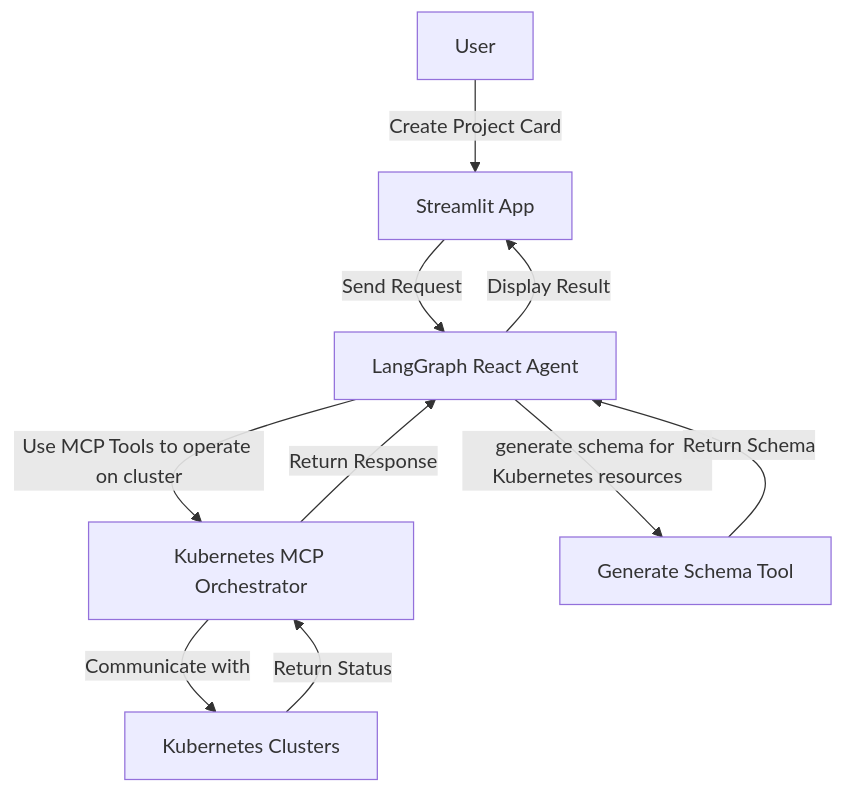
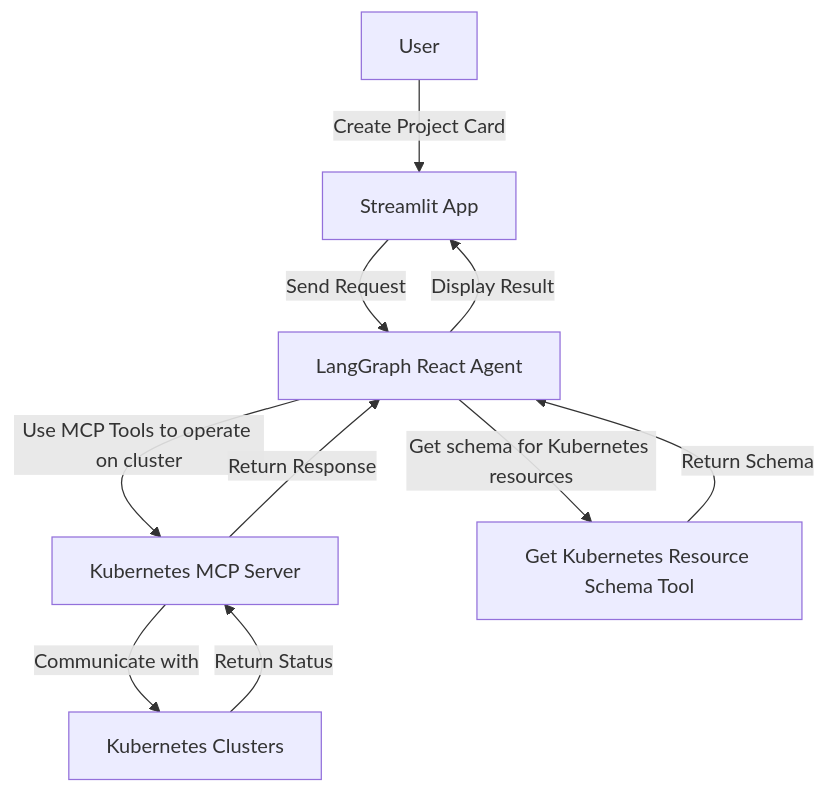
The second of 2 diagrams in README.md (monty16597/kubernetes-genai-agent-app), drawn with Mermaid before and after one commit. The commit also changed other lines of this file, not shown here.

Commit message:
Added architecture and request flow

````diff
--- a/README.md
+++ b/README.md
@@ -5,12 +15,12 @@
 ```mermaid
 flowchart TD
     A[User] -->|Create Project Card| B[Streamlit App]
     B -->|Send Request| C[LangGraph React Agent]
-    C -->|Use MCP Tools to operate on cluster| D[Kubernetes MCP Orchestrator]
+    C -->|Use MCP Tools to operate on cluster| D[Kubernetes MCP Server]
     D -->|Communicate with| E[Kubernetes Clusters]
     E -->|Return Status| D
     D -->|Return Response| C
     C -->|Display Result| B
-    C --> |generate schema for Kubernetes resources| F[Generate Schema Tool]
+    C --> |Get schema for Kubernetes resources| F[Get Kubernetes Resource Schema Tool]
     F -->|Return Schema| C
 ```
````
